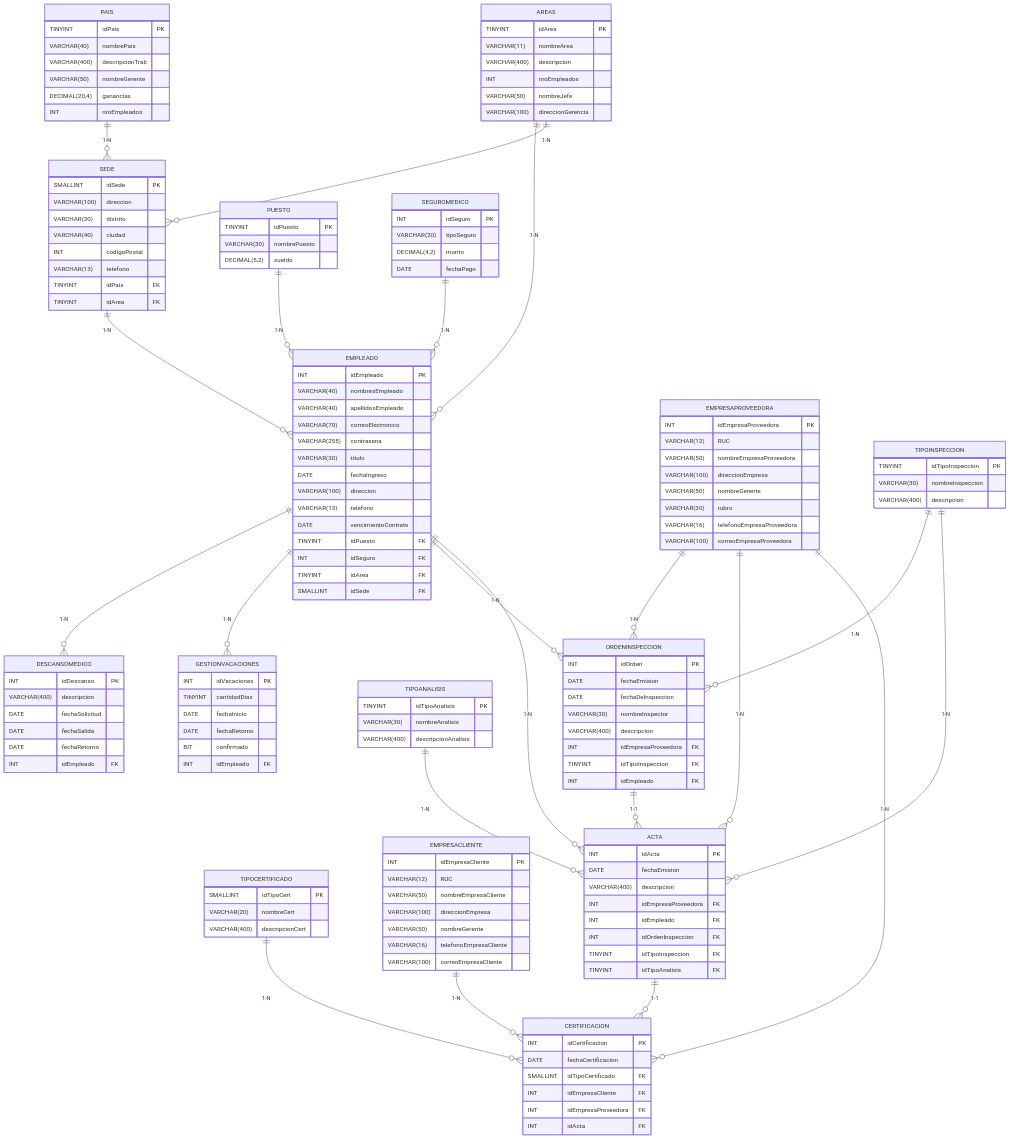
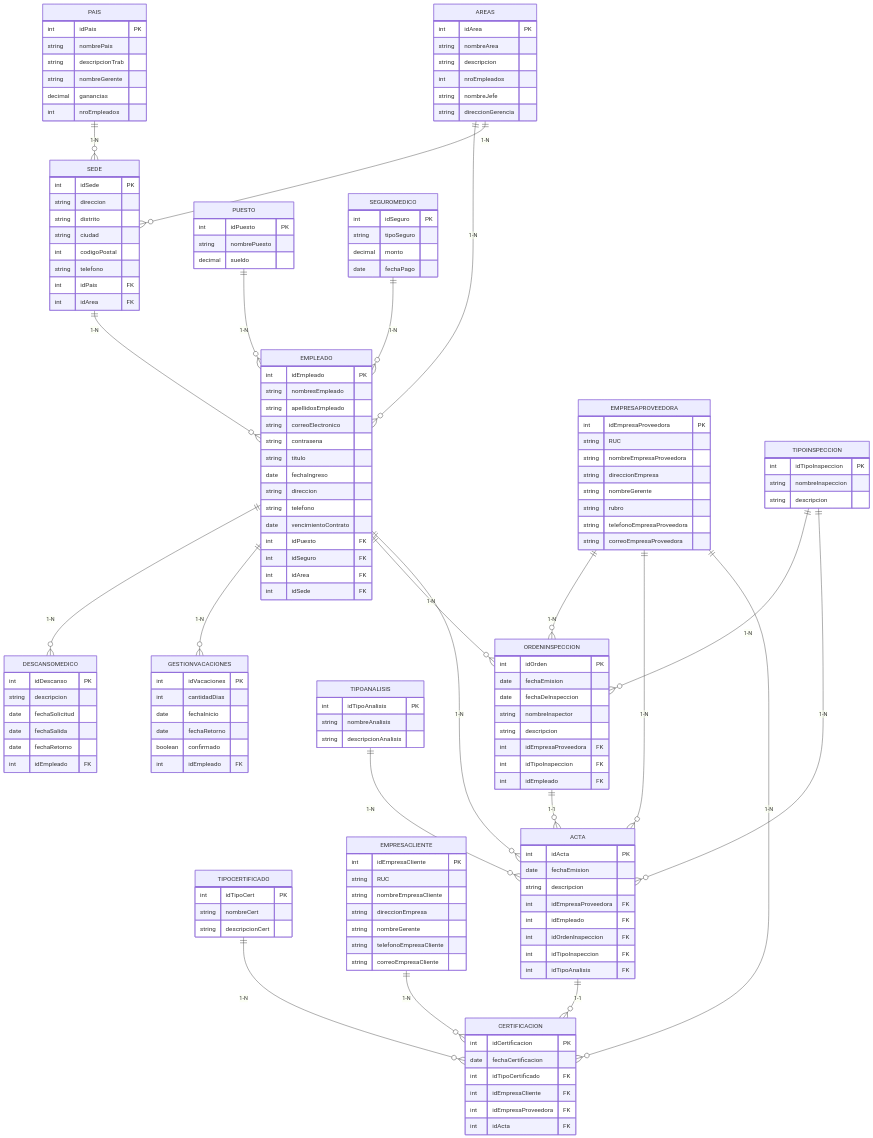
One commit to carlos456dddd/Project changed the diagram in README.md. Above: the diagram before and after it, drawn with Mermaid.

````diff
--- a/README.md
+++ b/README.md
@@ -29,150 +29,150 @@
 ```mermaid
 erDiagram
     PAIS {
-        TINYINT idPais PK
-        VARCHAR(40) nombrePais
-        VARCHAR(400) descripcionTrab
-        VARCHAR(50) nombreGerente
-        DECIMAL(20,4) ganancias
-        INT nroEmpleados
+        int idPais PK
+        string nombrePais
+        string descripcionTrab
+        string nombreGerente
+        decimal ganancias
+        int nroEmpleados
     }
 
     AREAS {
-        TINYINT idArea PK
-        VARCHAR(11) nombreArea
-        VARCHAR(400) descripcion
-        INT nroEmpleados
-        VARCHAR(50) nombreJefe
-        VARCHAR(100) direccionGerencia
+        int idArea PK
+        string nombreArea
+        string descripcion
+        int nroEmpleados
+        string nombreJefe
+        string direccionGerencia
     }
 
     SEDE {
-        SMALLINT idSede PK
-        VARCHAR(100) direccion
-        VARCHAR(30) distrito
-        VARCHAR(40) ciudad
-        INT codigoPostal
-        VARCHAR(13) telefono
-        TINYINT idPais FK
-        TINYINT idArea FK
+        int idSede PK
+        string direccion
+        string distrito
+        string ciudad
+        int codigoPostal
+        string telefono
+        int idPais FK
+        int idArea FK
     }
 
     PUESTO {
-        TINYINT idPuesto PK
-        VARCHAR(30) nombrePuesto
-        DECIMAL(5,2) sueldo
+        int idPuesto PK
+        string nombrePuesto
+        decimal sueldo
     }
 
     SEGUROMEDICO {
-        INT idSeguro PK
-        VARCHAR(20) tipoSeguro
-        DECIMAL(4,2) monto
-        DATE fechaPago
+        int idSeguro PK
+        string tipoSeguro
+        decimal monto
+        date fechaPago
     }
 
     EMPLEADO {
-        INT idEmpleado PK
-        VARCHAR(40) nombresEmpleado
-        VARCHAR(40) apellidosEmpleado
-        VARCHAR(70) correoElectronico
-        VARCHAR(255) contrasena
-        VARCHAR(30) titulo
-        DATE fechaIngreso
-        VARCHAR(100) direccion
-        VARCHAR(13) telefono
-        DATE vencimientoContrato
-        TINYINT idPuesto FK
-        INT idSeguro FK
-        TINYINT idArea FK
-        SMALLINT idSede FK
+        int idEmpleado PK
+        string nombresEmpleado
+        string apellidosEmpleado
+        string correoElectronico
+        string contrasena
+        string titulo
+        date fechaIngreso
+        string direccion
+        string telefono
+        date vencimientoContrato
+        int idPuesto FK
+        int idSeguro FK
+        int idArea FK
+        int idSede FK
     }
 
     DESCANSOMEDICO {
-        INT idDescanso PK
-        VARCHAR(400) descripcion
-        DATE fechaSolicitud
-        DATE fechaSalida
-        DATE fechaRetorno
-        INT idEmpleado FK
+        int idDescanso PK
+        string descripcion
+        date fechaSolicitud
+        date fechaSalida
+        date fechaRetorno
+        int idEmpleado FK
     }
 
     GESTIONVACACIONES {
-        INT idVacaciones PK
-        TINYINT cantidadDias
-        DATE fechaInicio
-        DATE fechaRetorno
-        BIT confirmado
-        INT idEmpleado FK
+        int idVacaciones PK
+        int cantidadDias
+        date fechaInicio
+        date fechaRetorno
+        boolean confirmado
+        int idEmpleado FK
     }
 
     TIPOCERTIFICADO {
-        SMALLINT idTipoCert PK
-        VARCHAR(20) nombreCert
-        VARCHAR(400) descripcionCert
+        int idTipoCert PK
+        string nombreCert
+        string descripcionCert
     }
 
     EMPRESACLIENTE {
-        INT idEmpresaCliente PK
-        VARCHAR(12) RUC
-        VARCHAR(50) nombreEmpresaCliente
-        VARCHAR(100) direccionEmpresa
-        VARCHAR(50) nombreGerente
-        VARCHAR(16) telefonoEmpresaCliente
-        VARCHAR(100) correoEmpresaCliente
+        int idEmpresaCliente PK
+        string RUC
+        string nombreEmpresaCliente
+        string direccionEmpresa
+        string nombreGerente
+        string telefonoEmpresaCliente
+        string correoEmpresaCliente
     }
 
     EMPRESAPROVEEDORA {
-        INT idEmpresaProveedora PK
-        VARCHAR(12) RUC
-        VARCHAR(50) nombreEmpresaProveedora
-        VARCHAR(100) direccionEmpresa
-        VARCHAR(50) nombreGerente
-        VARCHAR(30) rubro
-        VARCHAR(16) telefonoEmpresaProveedora
-        VARCHAR(100) correoEmpresaProveedora
+        int idEmpresaProveedora PK
+        string RUC
+        string nombreEmpresaProveedora
+        string direccionEmpresa
+        string nombreGerente
+        string rubro
+        string telefonoEmpresaProveedora
+        string correoEmpresaProveedora
     }
 
     TIPOINSPECCION {
-        TINYINT idTipoInspeccion PK
-        VARCHAR(30) nombreInspeccion
-        VARCHAR(400) descripcion
+        int idTipoInspeccion PK
+        string nombreInspeccion
+        string descripcion
     }
 
     TIPOANALISIS {
-        TINYINT idTipoAnalisis PK
-        VARCHAR(30) nombreAnalisis
-        VARCHAR(400) descripcionAnalisis
+        int idTipoAnalisis PK
+        string nombreAnalisis
+        string descripcionAnalisis
     }
 
     ORDENINSPECCION {
-        INT idOrden PK
-        DATE fechaEmision
-        DATE fechaDeInspeccion
-        VARCHAR(30) nombreInspector
-        VARCHAR(400) descripcion
-        INT idEmpresaProveedora FK
-        TINYINT idTipoInspeccion FK
-        INT idEmpleado FK
+        int idOrden PK
+        date fechaEmision
+        date fechaDeInspeccion
+        string nombreInspector
+        string descripcion
+        int idEmpresaProveedora FK
+        int idTipoInspeccion FK
+        int idEmpleado FK
     }
 
     ACTA {
-        INT idActa PK
-        DATE fechaEmision
-        VARCHAR(400) descripcion
-        INT idEmpresaProveedora FK
-        INT idEmpleado FK
-        INT idOrdenInspeccion FK
-        TINYINT idTipoInspeccion FK
-        TINYINT idTipoAnalisis FK
+        int idActa PK
+        date fechaEmision
+        string descripcion
+        int idEmpresaProveedora FK
+        int idEmpleado FK
+        int idOrdenInspeccion FK
+        int idTipoInspeccion FK
+        int idTipoAnalisis FK
     }
 
     CERTIFICACION {
-        INT idCertificacion PK
-        DATE fechaCertificacion
-        SMALLINT idTipoCertificado FK
-        INT idEmpresaCliente FK
-        INT idEmpresaProveedora FK
-        INT idActa FK
+        int idCertificacion PK
+        date fechaCertificacion
+        int idTipoCertificado FK
+        int idEmpresaCliente FK
+        int idEmpresaProveedora FK
+        int idActa FK
     }
 
     %% ---- Relaciones ----
````
